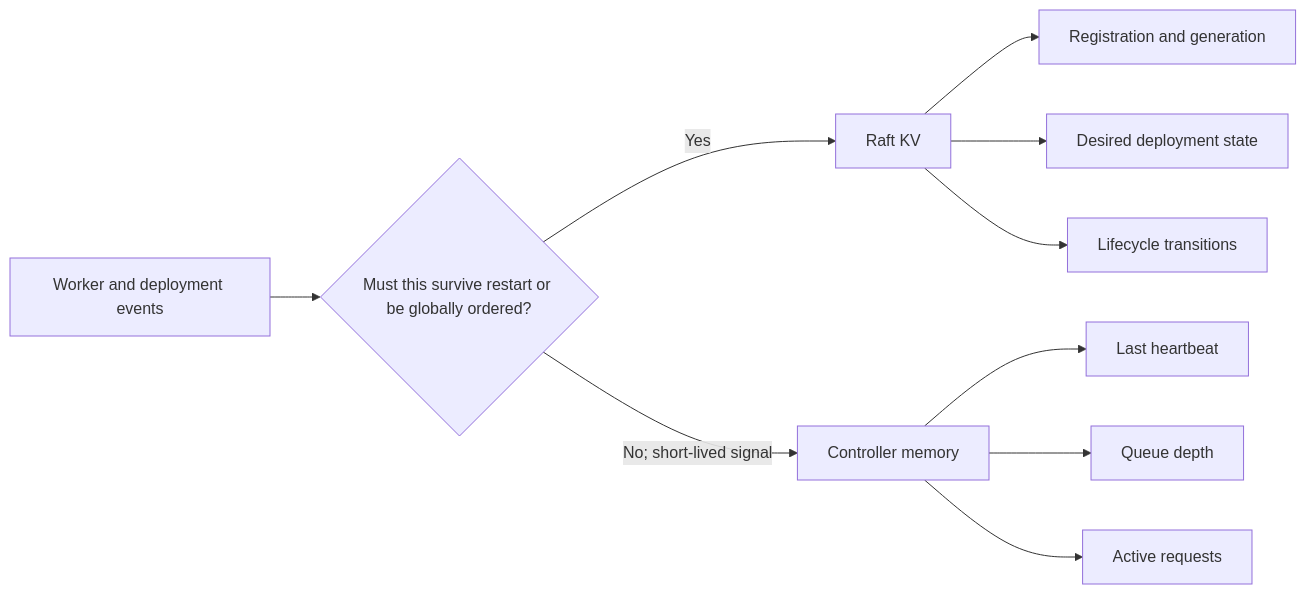
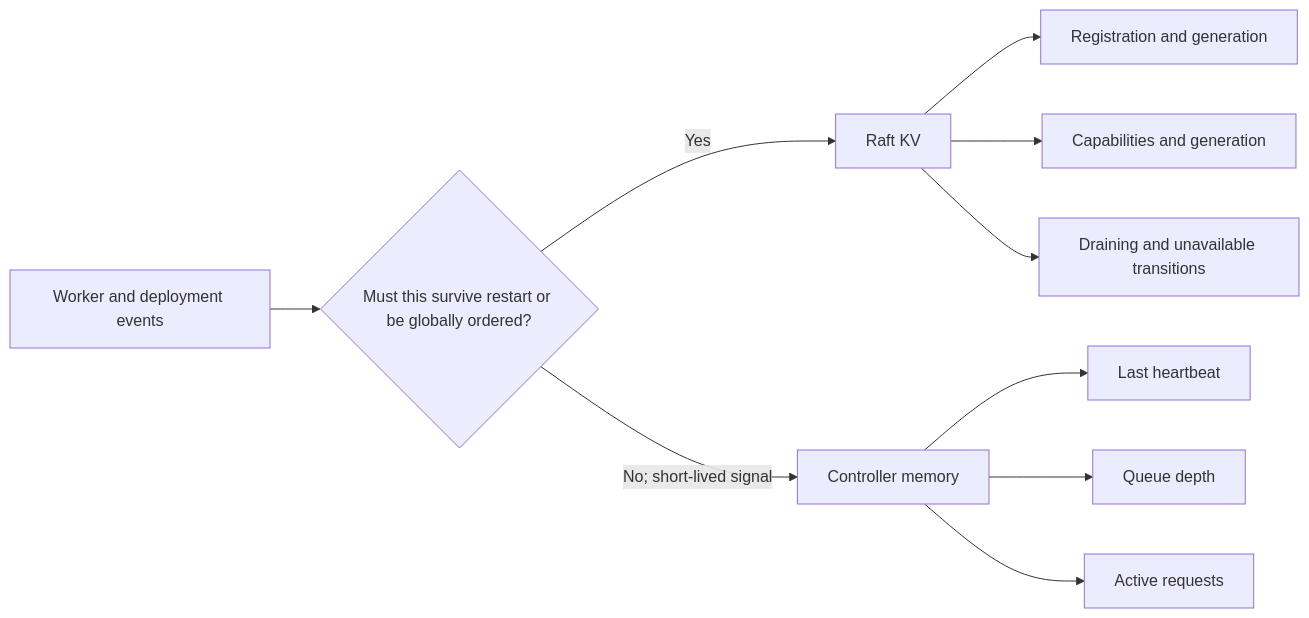
The second of 3 diagrams in docs/architecture.md (jiholee5217/distributed-llm-inference-platform), drawn with Mermaid before and after one commit. The commit also changed other lines of this file and 54 other files, not shown here.

````diff
--- a/docs/architecture.md
+++ b/docs/architecture.md
@@ -80,12 +82,12 @@
 ```mermaid
 flowchart LR
     E["Worker and deployment events"] --> D{"Must this survive restart or be globally ordered?"}
     D -->|"Yes"| R["Raft KV"]
     D -->|"No; short-lived signal"| M["Controller memory"]
     R --> R1["Registration and generation"]
-    R --> R2["Desired deployment state"]
-    R --> R3["Lifecycle transitions"]
+    R --> R2["Capabilities and generation"]
+    R --> R3["Draining and unavailable transitions"]
     M --> M1["Last heartbeat"]
     M --> M2["Queue depth"]
     M --> M3["Active requests"]
 ```
````
